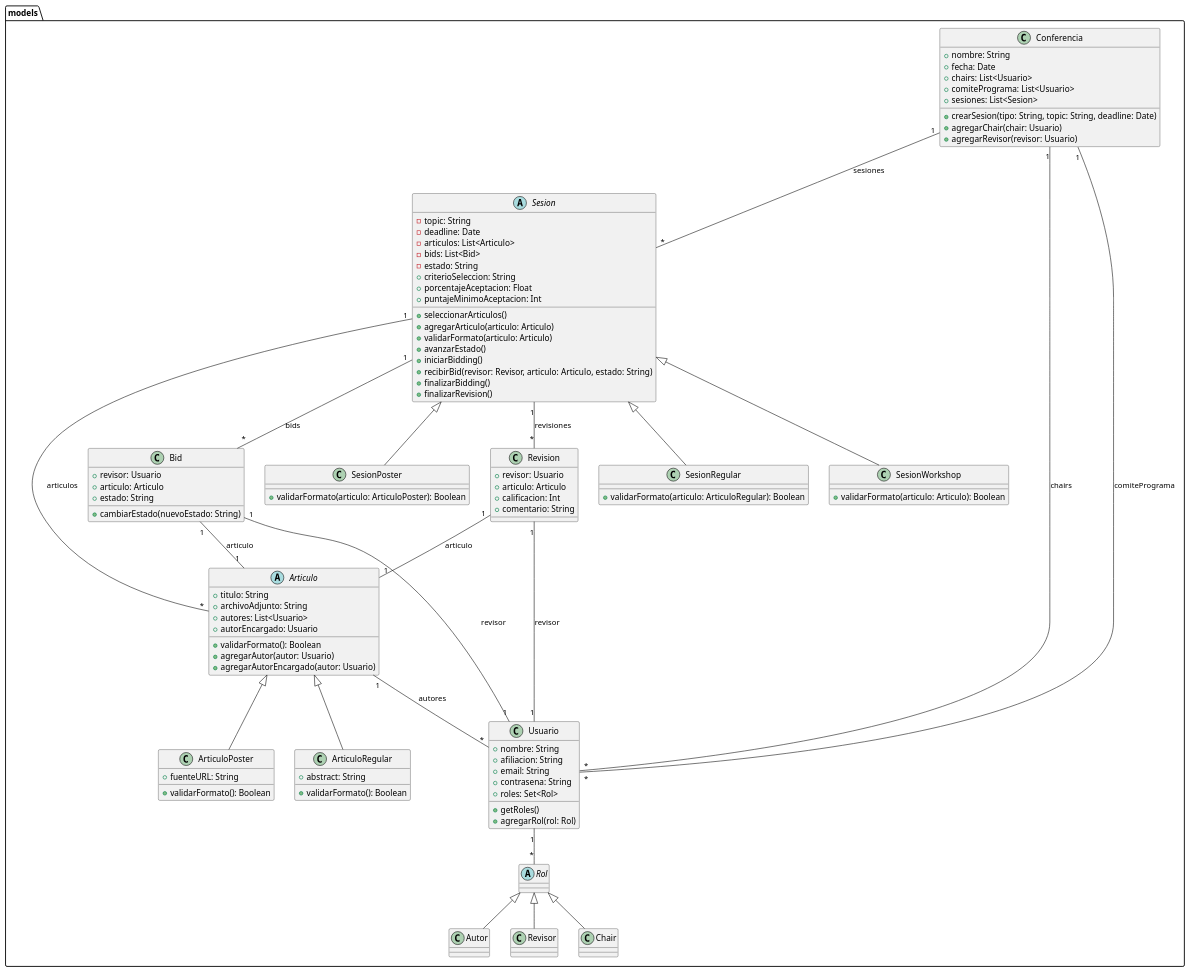
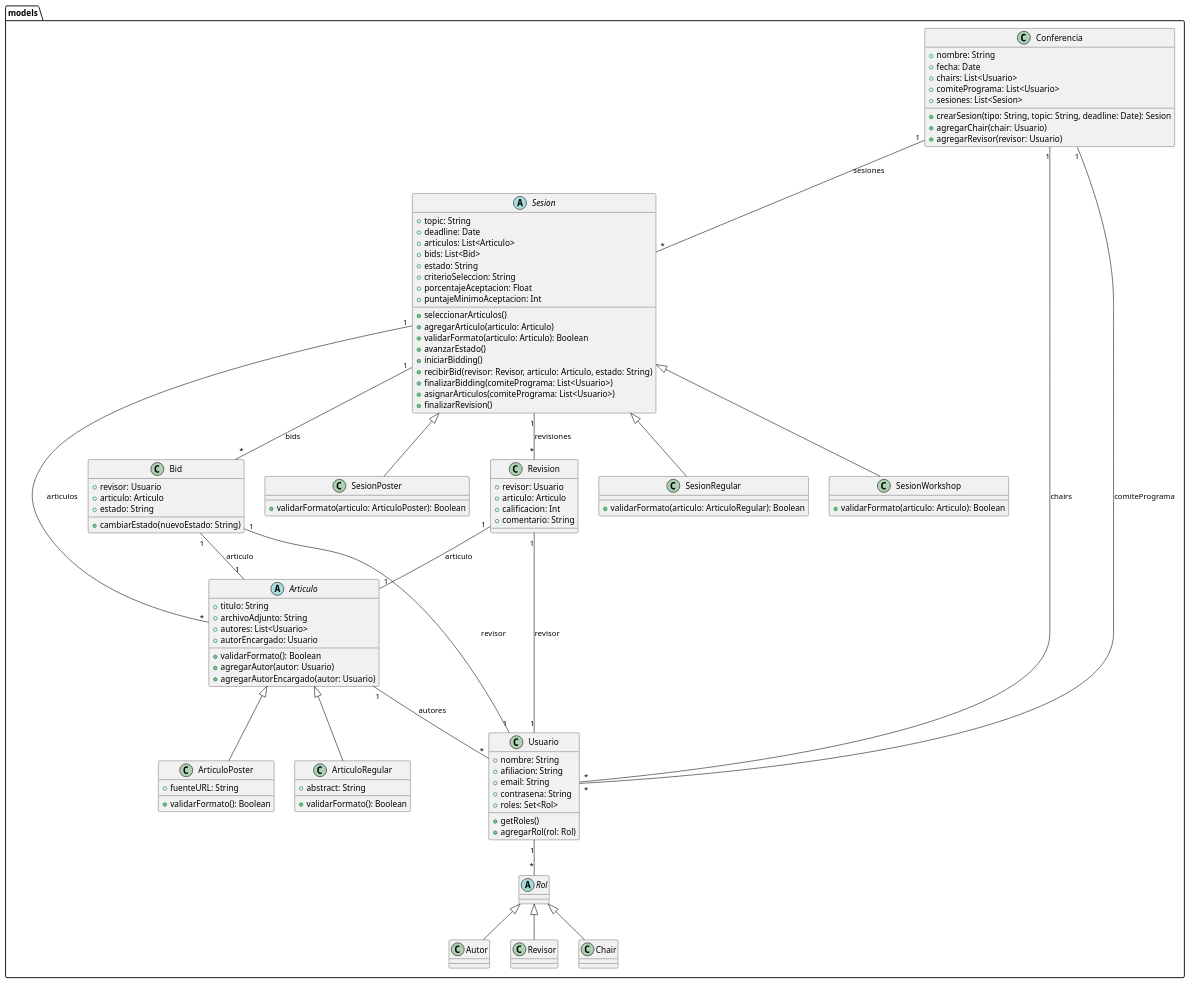
Before and after one commit to hadominguez/ComfyChair: the diagram in docs/diagrama.puml, drawn with PlantUML. The commit also changed 2 other files, not shown here.

```diff
--- a/docs/diagrama.puml
+++ b/docs/diagrama.puml
@@ -1,116 +1,117 @@
 @startuml
 
 package models {
   class Usuario {
     +nombre: String
     +afiliacion: String
     +email: String
     +contrasena: String
     +roles: Set<Rol>
     +getRoles()
     +agregarRol(rol: Rol)
   }
 
   abstract class Rol {
   }
 
   class Autor extends Rol {
   }
 
   class Revisor extends Rol {
   }
 
   class Chair extends Rol {
   }
 
   class Conferencia {
     +nombre: String
     +fecha: Date
     +chairs: List<Usuario>
     +comitePrograma: List<Usuario>
     +sesiones: List<Sesion>
-    +crearSesion(tipo: String, topic: String, deadline: Date)
+    +crearSesion(tipo: String, topic: String, deadline: Date): Sesion
     +agregarChair(chair: Usuario)
     +agregarRevisor(revisor: Usuario)
   }
 
   abstract class Sesion {
-    -topic: String
-    -deadline: Date
-    -articulos: List<Articulo>
-    -bids: List<Bid>
-    -estado: String
+    +topic: String
+    +deadline: Date
+    +articulos: List<Articulo>
+    +bids: List<Bid>
+    +estado: String
     +criterioSeleccion: String
     +porcentajeAceptacion: Float
     +puntajeMinimoAceptacion: Int
     +seleccionarArticulos()
     +agregarArticulo(articulo: Articulo)
-    +validarFormato(articulo: Articulo)
+    +validarFormato(articulo: Articulo): Boolean
     +avanzarEstado()
     +iniciarBidding()
     +recibirBid(revisor: Revisor, articulo: Articulo, estado: String)
-    +finalizarBidding()
+    +finalizarBidding(comitePrograma: List<Usuario>)
+    +asignarArticulos(comitePrograma: List<Usuario>)
     +finalizarRevision()
   }
 
   class SesionRegular extends Sesion {
     +validarFormato(articulo: ArticuloRegular): Boolean
   }
 
   class SesionWorkshop extends Sesion {
     +validarFormato(articulo: Articulo): Boolean
   }
 
   class SesionPoster extends Sesion {
     +validarFormato(articulo: ArticuloPoster): Boolean
   }
 
   abstract class Articulo {
     +titulo: String
     +archivoAdjunto: String
     +autores: List<Usuario>
     +autorEncargado: Usuario
     +validarFormato(): Boolean
     +agregarAutor(autor: Usuario)
     +agregarAutorEncargado(autor: Usuario)
   }
 
   class ArticuloRegular extends Articulo {
     +abstract: String
     +validarFormato(): Boolean
   }
 
   class ArticuloPoster extends Articulo {
     +fuenteURL: String
     +validarFormato(): Boolean
   }
 
   class Revision {
     +revisor: Usuario
     +articulo: Articulo
     +calificacion: Int
     +comentario: String
   }
 
   class Bid {
     +revisor: Usuario
     +articulo: Articulo
     +estado: String
     +cambiarEstado(nuevoEstado: String)
   }
 }
 
 Usuario "1" -- "*" Rol
 Conferencia "1" -- "*" Usuario : "chairs"
 Conferencia "1" -- "*" Usuario : "comitePrograma"
 Conferencia "1" -- "*" Sesion : "sesiones"
 Sesion "1" -- "*" Articulo : "articulos"
 Sesion "1" -- "*" Bid : "bids"
 Sesion "1" -- "*" Revision : "revisiones"
 Articulo "1" -- "*" Usuario : "autores"
 Bid "1" -- "1" Usuario : "revisor"
 Bid "1" -- "1" Articulo : "articulo"
 Revision "1" -- "1" Usuario : "revisor"
 Revision "1" -- "1" Articulo : "articulo"
 
 @enduml
```
